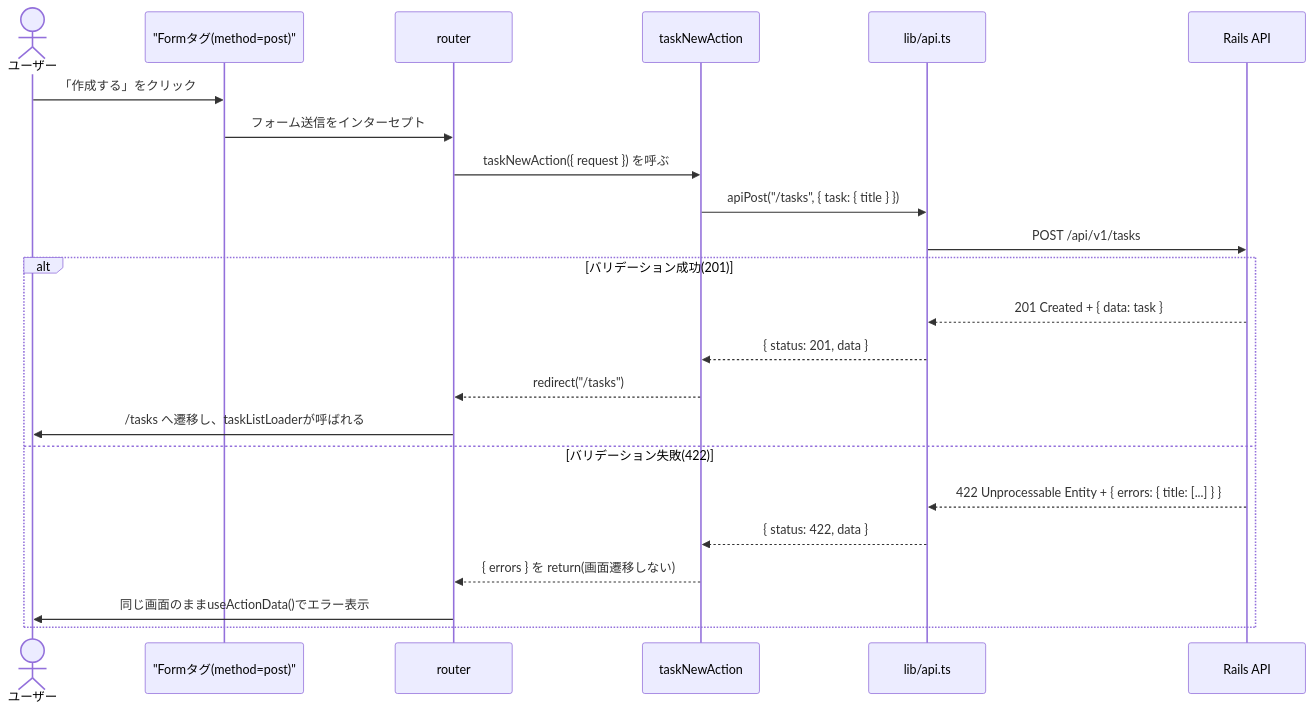
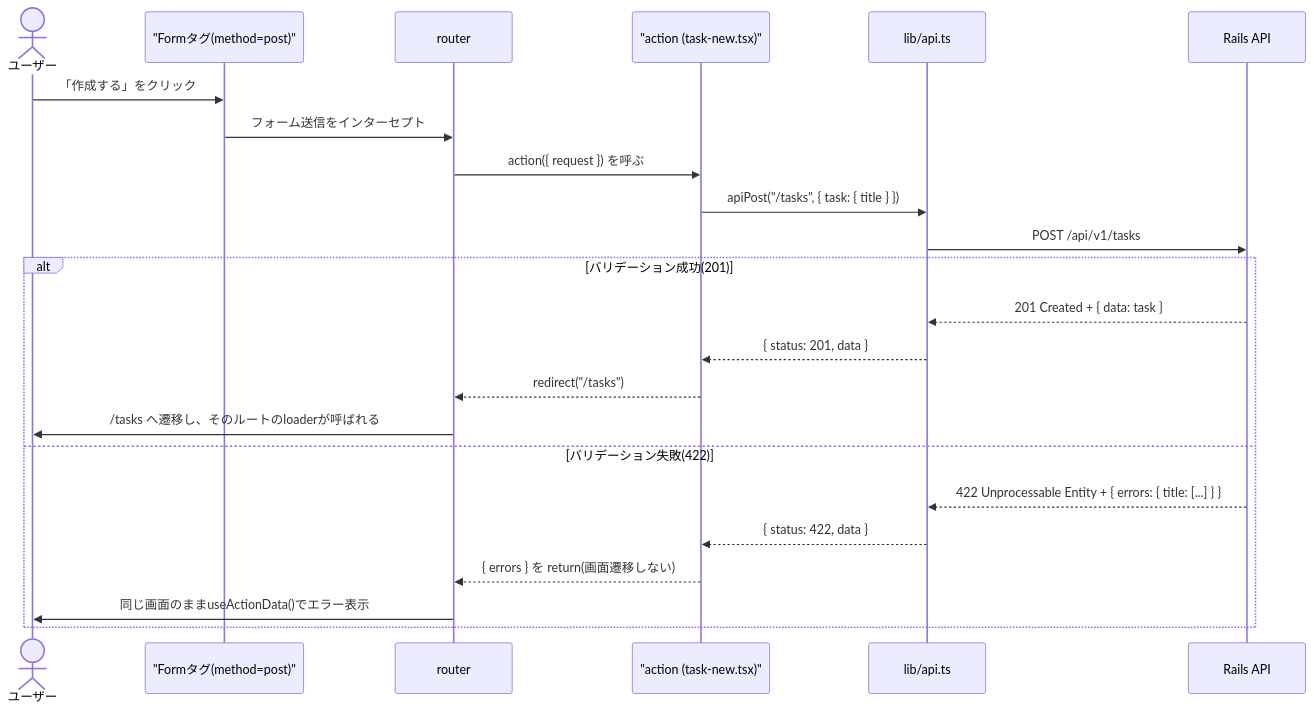
Before and after one commit to to0526/rr8-rails-poc: the third of 7 diagrams in docs/frontend-guide-for-rails-engineers.md, drawn with Mermaid. The commit also changed other lines of this file, not shown here.

````diff
--- a/docs/frontend-guide-for-rails-engineers.md
+++ b/docs/frontend-guide-for-rails-engineers.md
@@ -245,27 +296,27 @@
 ```mermaid
 sequenceDiagram
     actor User as ユーザー
     participant Form as "Formタグ(method=post)"
     participant RR as router
-    participant Action as taskNewAction
+    participant Action as "action (task-new.tsx)"
     participant API as lib/api.ts
     participant Rails as Rails API
 
     User->>Form: 「作成する」をクリック
     Form->>RR: フォーム送信をインターセプト
-    RR->>Action: taskNewAction({ request }) を呼ぶ
+    RR->>Action: action({ request }) を呼ぶ
     Action->>API: apiPost("/tasks", { task: { title } })
     API->>Rails: POST /api/v1/tasks
 
     alt バリデーション成功(201)
         Rails-->>API: 201 Created + { data: task }
         API-->>Action: { status: 201, data }
         Action-->>RR: redirect("/tasks")
-        RR->>User: /tasks へ遷移し、taskListLoaderが呼ばれる
+        RR->>User: /tasks へ遷移し、そのルートのloaderが呼ばれる
     else バリデーション失敗(422)
         Rails-->>API: 422 Unprocessable Entity + { errors: { title: [...] } }
         API-->>Action: { status: 422, data }
         Action-->>RR: { errors } を return(画面遷移しない)
         RR->>User: 同じ画面のままuseActionData()でエラー表示
     end
 ```
````
